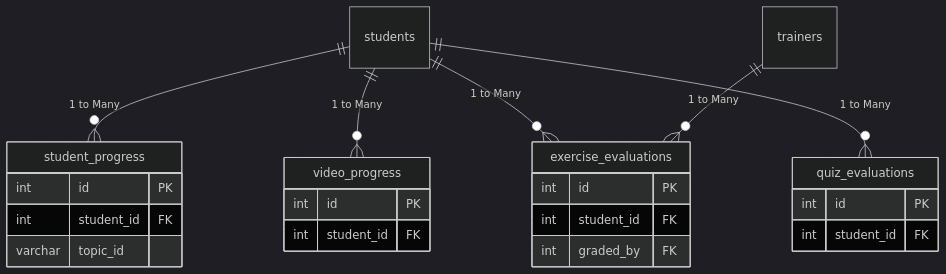
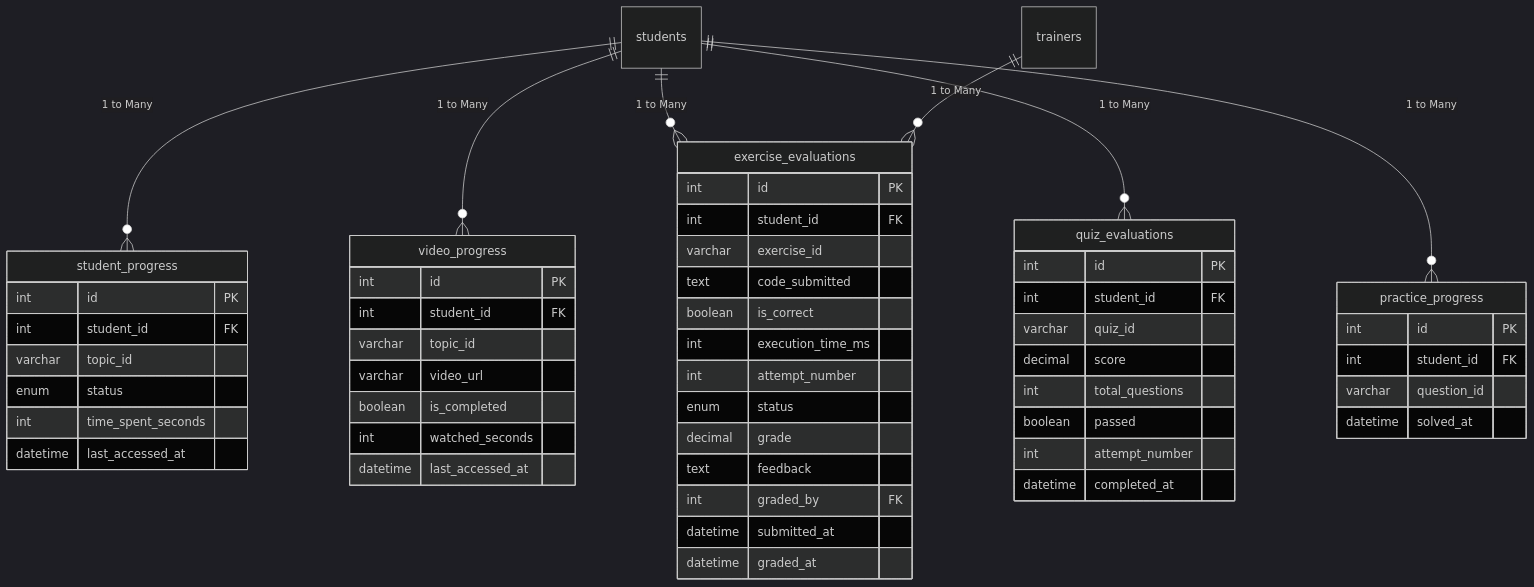
One commit to suyash-rgb/JS-Mentor changed diagram 23 of 25 in README.md. Above: the diagram before and after it, drawn with Mermaid (dark theme). The commit also changed other lines of this file, not shown here.

Commit message:
docs(#55): db ER diagrams and Data dictionary updated

````diff
--- a/README.md
+++ b/README.md
@@ -1220,27 +1250,58 @@
 ```mermaid
 erDiagram
     students ||--o{ student_progress : "1 to Many"
     students ||--o{ video_progress : "1 to Many"
     students ||--o{ exercise_evaluations : "1 to Many"
     trainers ||--o{ exercise_evaluations : "1 to Many"
     students ||--o{ quiz_evaluations : "1 to Many"
+    students ||--o{ practice_progress : "1 to Many"
 
     student_progress {
         int id PK
         int student_id FK
         varchar topic_id
+        enum status
+        int time_spent_seconds
+        datetime last_accessed_at
     }
     video_progress {
         int id PK
         int student_id FK
+        varchar topic_id
+        varchar video_url
+        boolean is_completed
+        int watched_seconds
+        datetime last_accessed_at
     }
     exercise_evaluations {
         int id PK
         int student_id FK
+        varchar exercise_id
+        text code_submitted
+        boolean is_correct
+        int execution_time_ms
+        int attempt_number
+        enum status
+        decimal grade
+        text feedback
         int graded_by FK
+        datetime submitted_at
+        datetime graded_at
     }
     quiz_evaluations {
         int id PK
         int student_id FK
+        varchar quiz_id
+        decimal score
+        int total_questions
+        boolean passed
+        int attempt_number
+        datetime completed_at
+    }
+    practice_progress {
+        int id PK
+        int student_id FK
+        varchar question_id
+        datetime solved_at
     }
 ```
````
